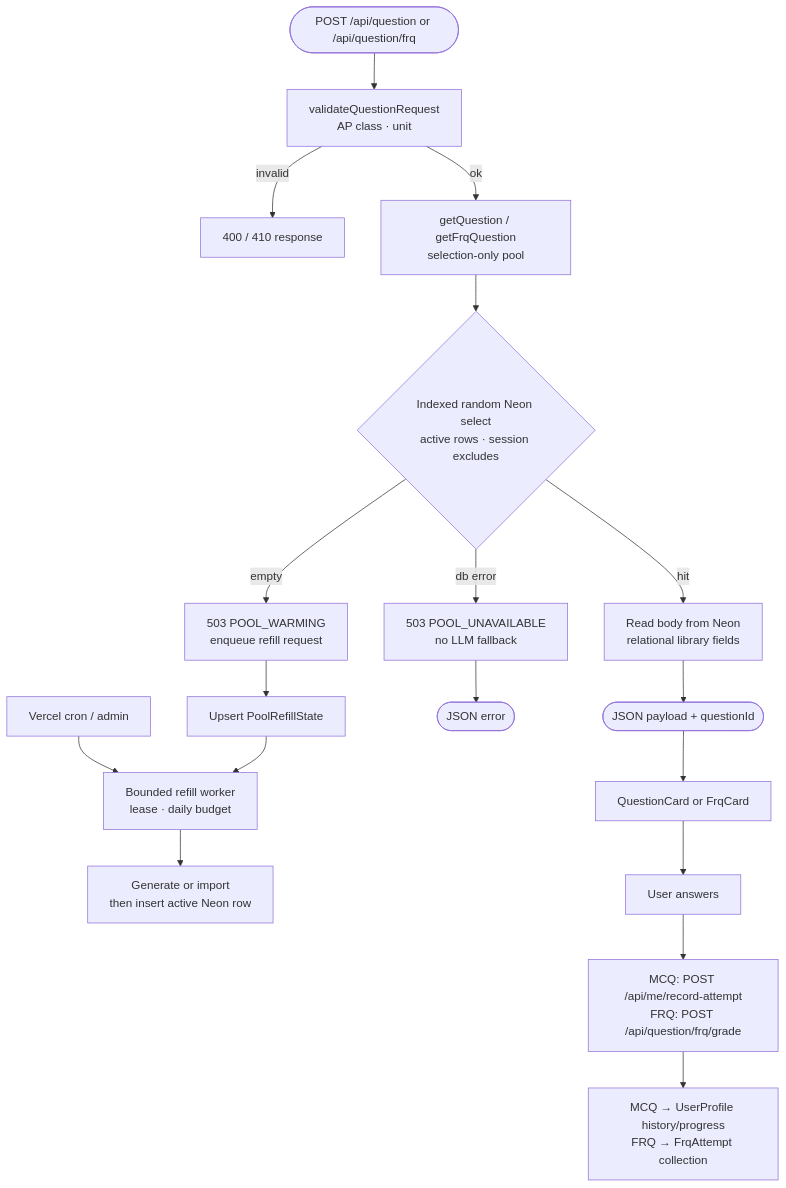
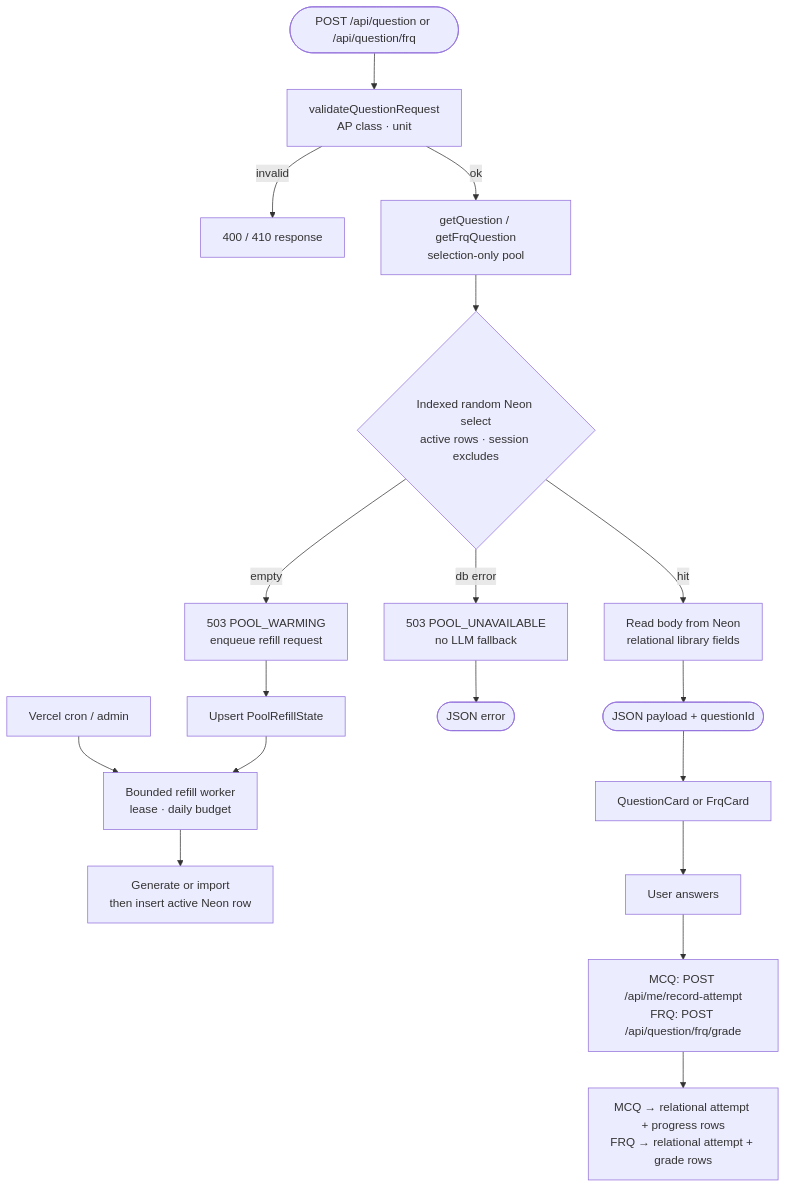
The fourth of 7 diagrams in docs/architecture.md (5cisummai/freeappractice), drawn with Mermaid before and after one commit. The commit also changed other lines of this file and 151 other files, not shown here.

Commit message:
simplify application architecture

````diff
--- a/docs/architecture.md
+++ b/docs/architecture.md
@@ -186,24 +186,24 @@
 ```mermaid
 flowchart TD
     Start(["POST /api/question or /api/question/frq"]) --> Validate["validateQuestionRequest<br/>AP class · unit"]
     Validate -->|invalid| Err400["400 / 410 response"]
     Validate -->|ok| Pool["getQuestion / getFrqQuestion<br/>selection-only pool"]
 
     Pool --> Select{"Indexed random Neon select<br/>active rows · session excludes"}
     Select -->|hit| LoadInline["Read body from Neon<br/>relational library fields"]
     Select -->|empty| Warming["503 POOL_WARMING<br/>enqueue refill request"]
     Select -->|db error| Unavailable["503 POOL_UNAVAILABLE<br/>no LLM fallback"]
 
     LoadInline --> Return(["JSON payload + questionId"])
     Warming --> RefillReq["Upsert PoolRefillState"]
     Unavailable --> ReturnErr(["JSON error"])
 
     Cron["Vercel cron / admin"] --> Worker["Bounded refill worker<br/>lease · daily budget"]
     RefillReq --> Worker
     Worker --> NeonInsert["Generate or import<br/>then insert active Neon row"]
 
     Return --> UI["QuestionCard or FrqCard"]
     UI --> Attempt["User answers"]
     Attempt --> Record["MCQ: POST /api/me/record-attempt<br/>FRQ: POST /api/question/frq/grade"]
-    Record --> Profile["MCQ → UserProfile history/progress<br/>FRQ → FrqAttempt collection"]
+    Record --> Profile["MCQ → relational attempt + progress rows<br/>FRQ → relational attempt + grade rows"]
 ```
````
